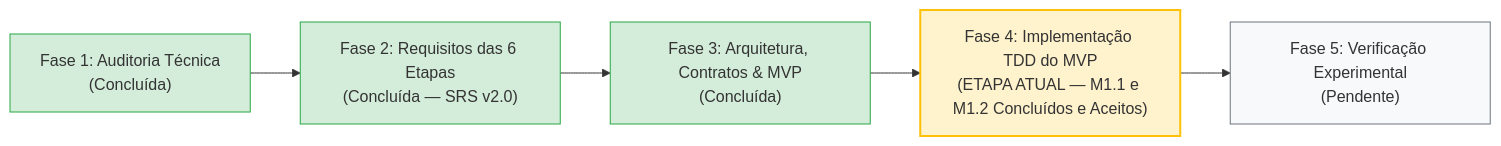
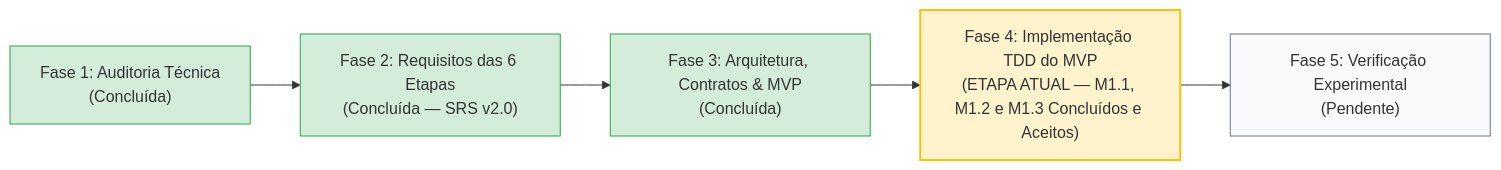
One commit to aleerangel/experimental-ml-framework changed the diagram in engenharia_software/ETAPA_ATUAL_ENGENHARIA.md. Above: the diagram before and after it, drawn with Mermaid. The commit also changed other lines of this file and 5 other files, not shown here.

````diff
--- a/engenharia_software/ETAPA_ATUAL_ENGENHARIA.md
+++ b/engenharia_software/ETAPA_ATUAL_ENGENHARIA.md
@@ -19,13 +19,13 @@
 ```mermaid
 flowchart LR
     Fase1["Fase 1: Auditoria Técnica<br/>(Concluída)"] --> Fase2["Fase 2: Requisitos das 6 Etapas<br/>(Concluída — SRS v2.0)"]
     Fase2 --> Fase3["Fase 3: Arquitetura, Contratos & MVP<br/>(Concluída)"]
-    Fase3 --> Fase4["Fase 4: Implementação TDD do MVP<br/>(ETAPA ATUAL — M1.1 e M1.2 Concluídos e Aceitos)"]
+    Fase3 --> Fase4["Fase 4: Implementação TDD do MVP<br/>(ETAPA ATUAL — M1.1, M1.2 e M1.3 Concluídos e Aceitos)"]
     Fase4 --> Fase5["Fase 5: Verificação Experimental<br/>(Pendente)"]
     
     style Fase1 fill:#d4edda,stroke:#28a745
     style Fase2 fill:#d4edda,stroke:#28a745
     style Fase3 fill:#d4edda,stroke:#28a745
     style Fase4 fill:#fff3cd,stroke:#ffc107,stroke-width:2px
     style Fase5 fill:#f8f9fa,stroke:#6c757d
 ```
````
